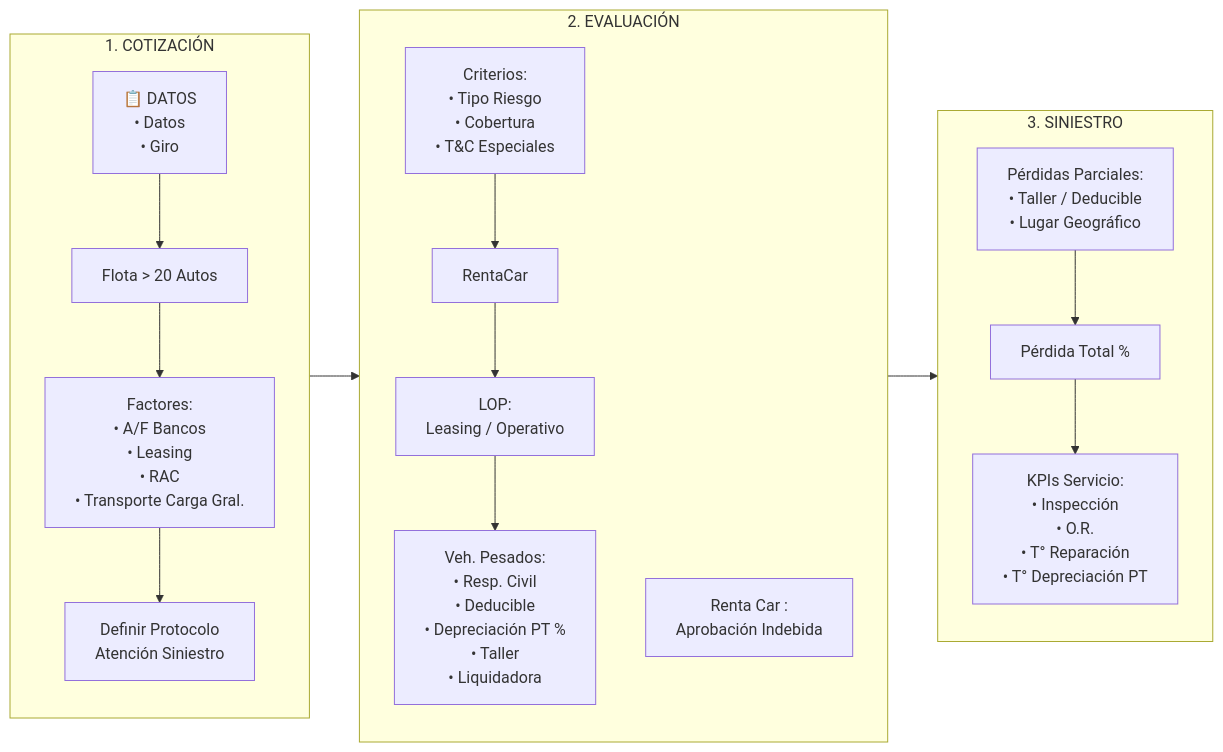
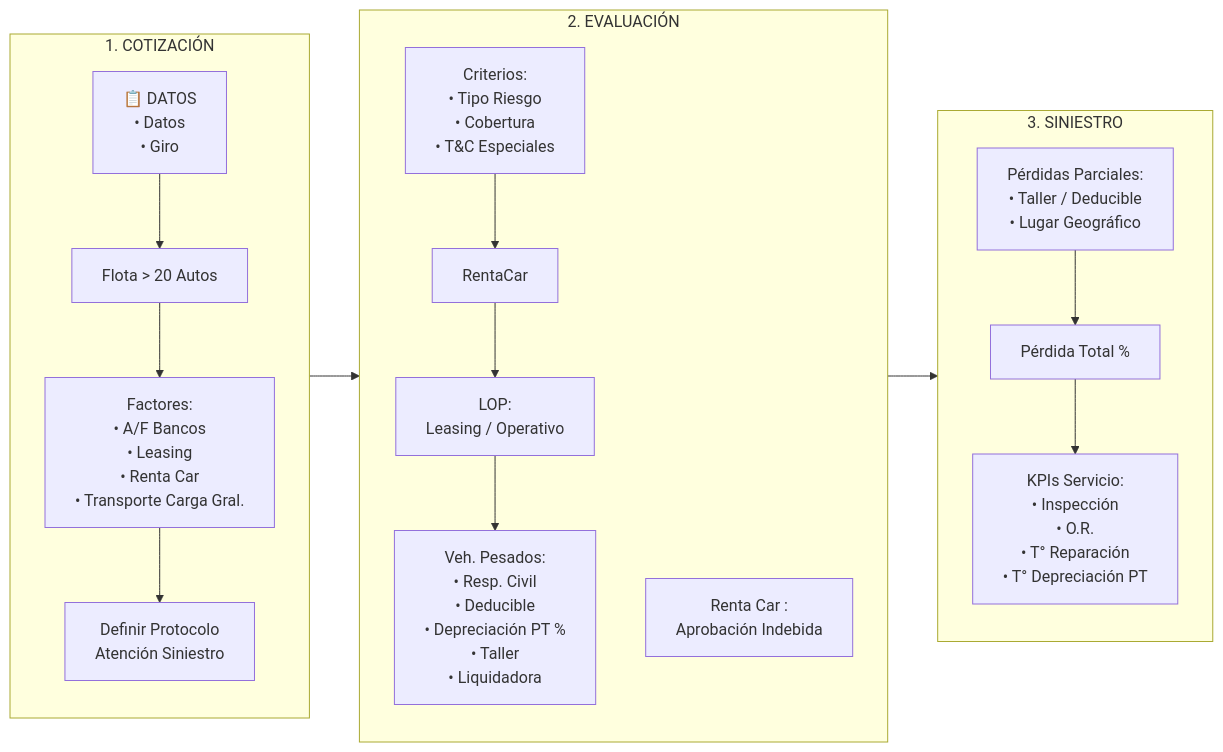
Before and after one commit to nicolascerpa7-lab/Siniestro-BCI: the diagram in README.md, drawn with Mermaid.

````diff
--- a/README.md
+++ b/README.md
@@ -4,39 +4,39 @@
 ```mermaid
 flowchart LR
     subgraph COTIZACION["1. COTIZACIÓN"]
         direction TB
         DATOS["📋 DATOS<br/>• Datos<br/>• Giro"]
         REQUISITO["Flota > 20 Autos"]
-        FACTORES["Factores:<br/>• A/F Bancos<br/>• Leasing<br/>• RAC<br/>• Transporte Carga Gral."]
+        FACTORES["Factores:<br/>• A/F Bancos<br/>• Leasing<br/>• Renta Car<br/>• Transporte Carga Gral."]
         PROTOCOLO["Definir Protocolo<br/>Atención Siniestro"]
         
         DATOS --> REQUISITO
         REQUISITO --> FACTORES
         FACTORES --> PROTOCOLO
     end
     
     subgraph EVALUACION["2. EVALUACIÓN"]
         direction TB
         CRITERIOS["Criterios:<br/>• Tipo Riesgo<br/>• Cobertura<br/>• T&C Especiales"]
         DAC["Renta Car :<br/>Aprobación Indebida"]
         LOP["LOP:<br/>Leasing / Operativo"]
         PESADOS["Veh. Pesados:<br/>• Resp. Civil<br/>• Deducible<br/>• Depreciación PT %<br/>• Taller<br/>• Liquidadora"]
         
         CRITERIOS --> RentaCar
         RentaCar --> LOP
         LOP --> PESADOS
     end
     
     subgraph SINIESTRO["3. SINIESTRO"]
         direction TB
         PARCIALES["Pérdidas Parciales:<br/>• Taller / Deducible<br/>• Lugar Geográfico"]
         TOTAL["Pérdida Total %"]
         KPIS["KPIs Servicio:<br/>• Inspección<br/>• O.R.<br/>• T° Reparación<br/>• T° Depreciación PT"]
         
         PARCIALES --> TOTAL
         TOTAL --> KPIS
     end
     
     COTIZACION --> EVALUACION
     EVALUACION --> SINIESTRO
 ```
````
